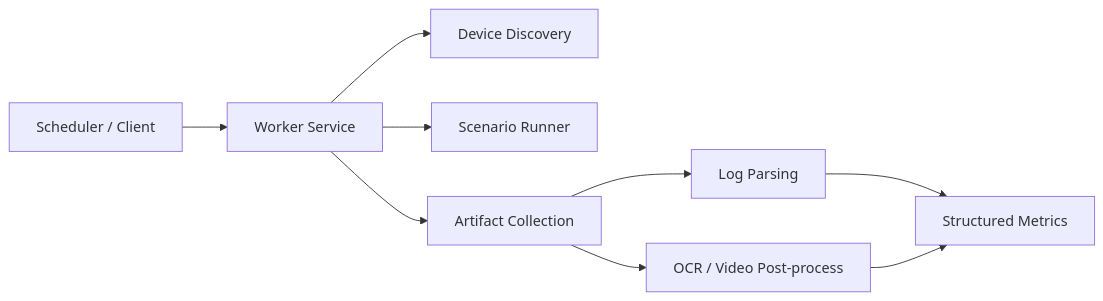
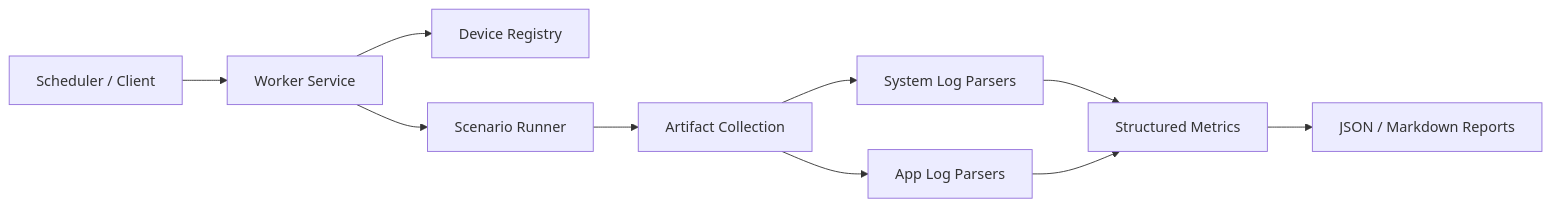
The diagram in README.md (Nightaw/autoscript-public), drawn with Mermaid before and after one commit. The commit also changed other lines of this file and 22 other files, not shown here.

````diff
--- a/README.md
+++ b/README.md
@@ -30,11 +61,12 @@
 ```mermaid
 flowchart LR
     A["Scheduler / Client"] --> B["Worker Service"]
-    B --> C["Device Discovery"]
+    B --> C["Device Registry"]
     B --> D["Scenario Runner"]
-    B --> E["Artifact Collection"]
-    E --> F["Log Parsing"]
-    E --> G["OCR / Video Post-process"]
+    D --> E["Artifact Collection"]
+    E --> F["System Log Parsers"]
+    E --> G["App Log Parsers"]
     F --> H["Structured Metrics"]
     G --> H
+    H --> I["JSON / Markdown Reports"]
 ```
````
